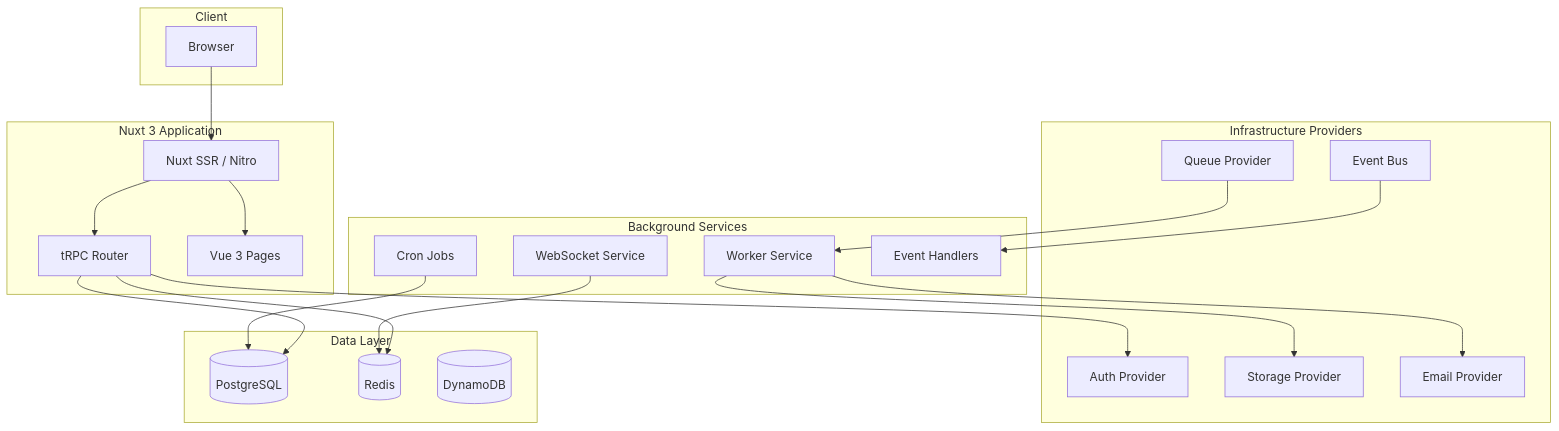
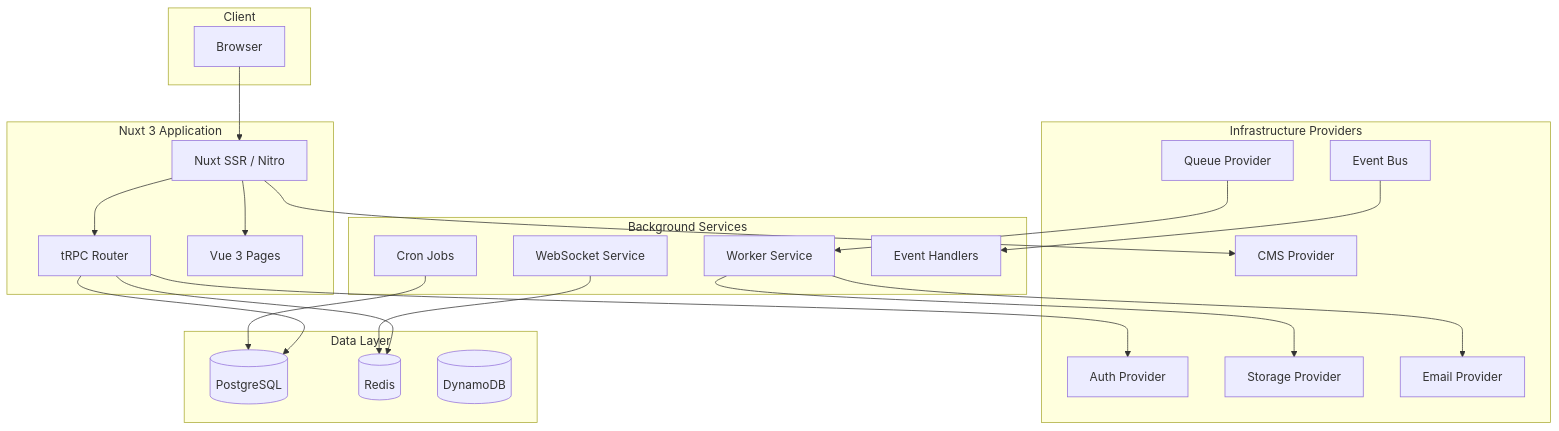
One commit to jbejenar/ripple-next changed the first of 2 diagrams in docs/architecture.md. Above: the diagram before and after it, drawn with Mermaid. The commit also changed other lines of this file and 9 other files, not shown here.

````diff
--- a/docs/architecture.md
+++ b/docs/architecture.md
@@ -8,46 +8,48 @@
 ```mermaid
 graph TB
     subgraph Client
         Browser[Browser]
     end
 
     subgraph "Nuxt 3 Application"
         SSR[Nuxt SSR / Nitro]
         tRPC[tRPC Router]
         Pages[Vue 3 Pages]
     end
 
     subgraph "Infrastructure Providers"
         Auth[Auth Provider]
+        CMS[CMS Provider]
         Queue[Queue Provider]
         Storage[Storage Provider]
         Email[Email Provider]
         Events[Event Bus]
     end
 
     subgraph "Data Layer"
         PG[(PostgreSQL)]
         Redis[(Redis)]
         DynamoDB[(DynamoDB)]
     end
 
     subgraph "Background Services"
         Worker[Worker Service]
         Cron[Cron Jobs]
         WS[WebSocket Service]
         EventHandlers[Event Handlers]
     end
 
     Browser --> SSR
     SSR --> tRPC
     SSR --> Pages
     tRPC --> Auth
+    SSR --> CMS
     tRPC --> PG
     tRPC --> Redis
     Queue --> Worker
     Events --> EventHandlers
     Worker --> Email
     Worker --> Storage
     Cron --> PG
     WS --> Redis
 ```
````
